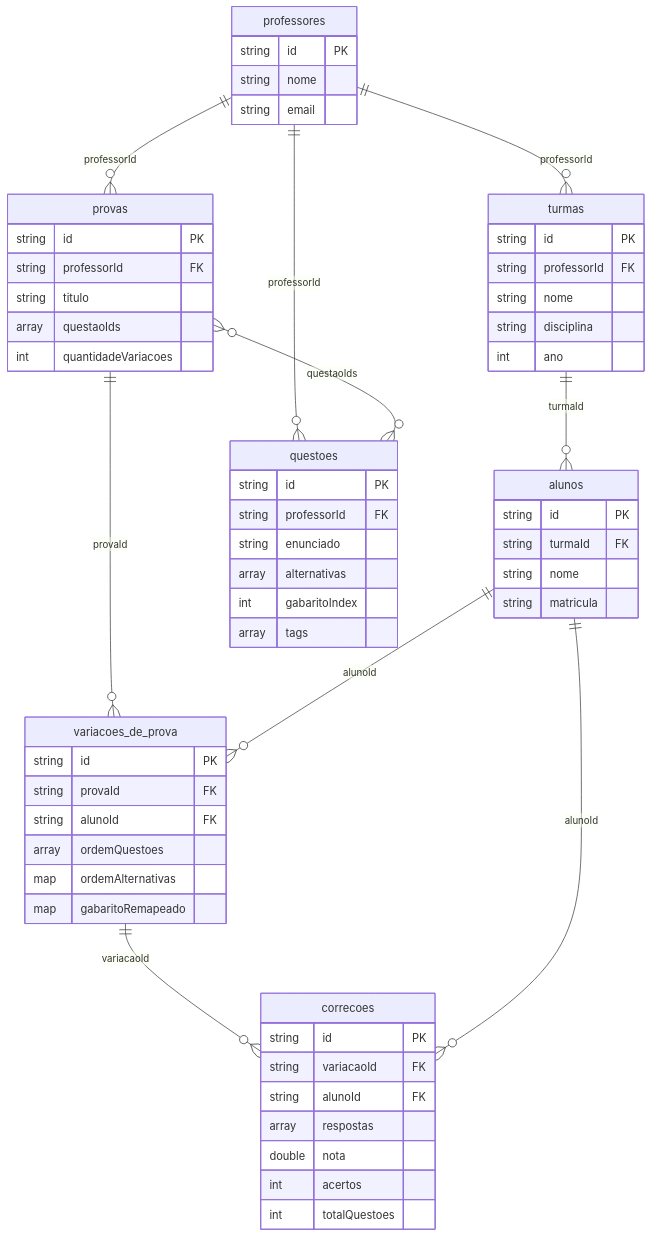
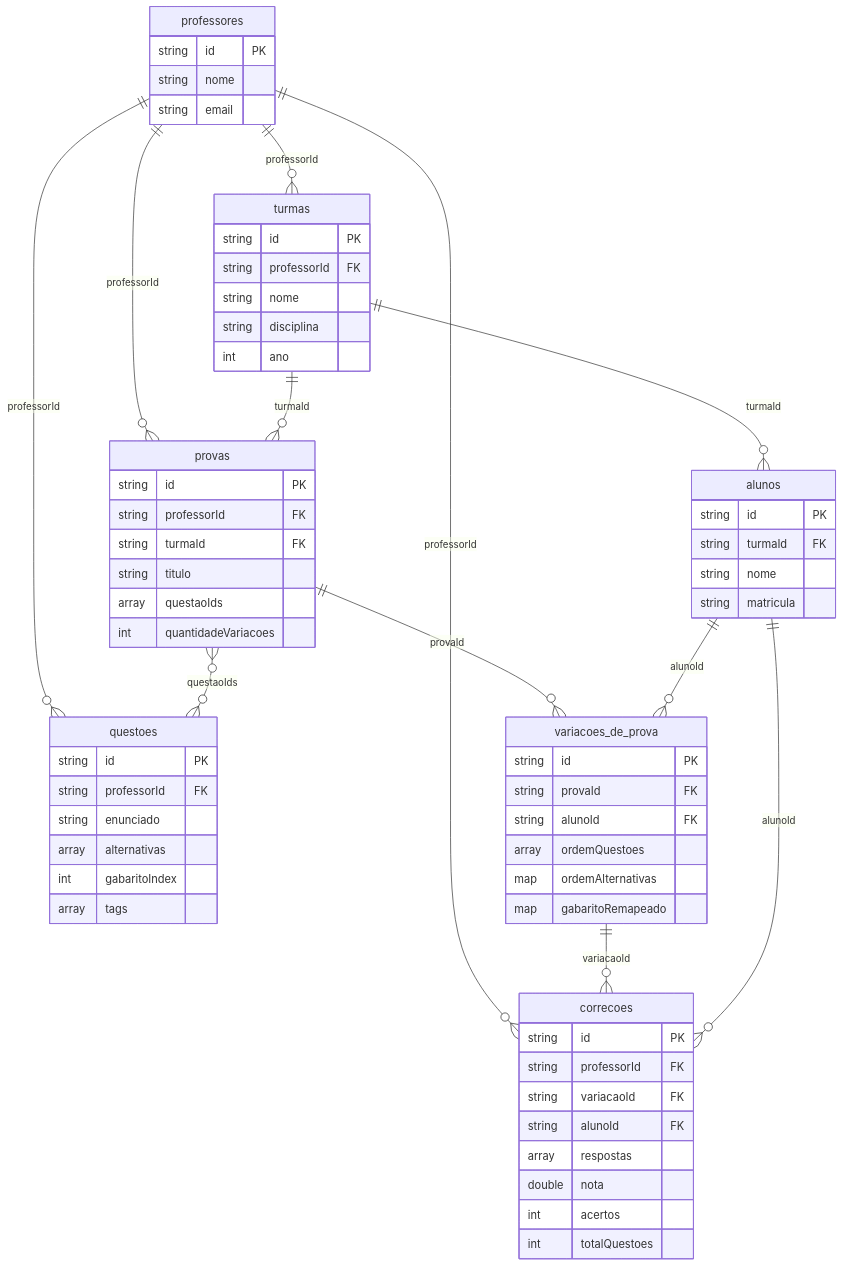
One commit to ALenckulh/meu_app changed the diagram in docs/BANCO-DE-DADOS.md. Above: the diagram before and after it, drawn with Mermaid. The commit also changed other lines of this file and 20 other files, not shown here.

Commit message:
Finish N2 real data: scope correcoes by professor, prova.turmaId, manual/simular correcao, multi-aluno variacoes.

````diff
--- a/docs/BANCO-DE-DADOS.md
+++ b/docs/BANCO-DE-DADOS.md
@@ -9,69 +9,73 @@
 ```mermaid
 erDiagram
   professores ||--o{ turmas : "professorId"
   turmas ||--o{ alunos : "turmaId"
   professores ||--o{ questoes : "professorId"
   professores ||--o{ provas : "professorId"
+  turmas ||--o{ provas : "turmaId"
+  professores ||--o{ correcoes : "professorId"
   provas }o--o{ questoes : "questaoIds"
   provas ||--o{ variacoes_de_prova : "provaId"
   alunos ||--o{ variacoes_de_prova : "alunoId"
   variacoes_de_prova ||--o{ correcoes : "variacaoId"
   alunos ||--o{ correcoes : "alunoId"
 
   professores {
     string id PK
     string nome
     string email
   }
 
   turmas {
     string id PK
     string professorId FK
     string nome
     string disciplina
     int ano
   }
 
   alunos {
     string id PK
     string turmaId FK
     string nome
     string matricula
   }
 
   questoes {
     string id PK
     string professorId FK
     string enunciado
     array alternativas
     int gabaritoIndex
     array tags
   }
 
   provas {
     string id PK
     string professorId FK
+    string turmaId FK
     string titulo
     array questaoIds
     int quantidadeVariacoes
   }
 
   variacoes_de_prova {
     string id PK
     string provaId FK
     string alunoId FK
     array ordemQuestoes
     map ordemAlternativas
     map gabaritoRemapeado
   }
 
   correcoes {
     string id PK
+    string professorId FK
     string variacaoId FK
     string alunoId FK
     array respostas
     double nota
     int acertos
     int totalQuestoes
   }
 ```
````
